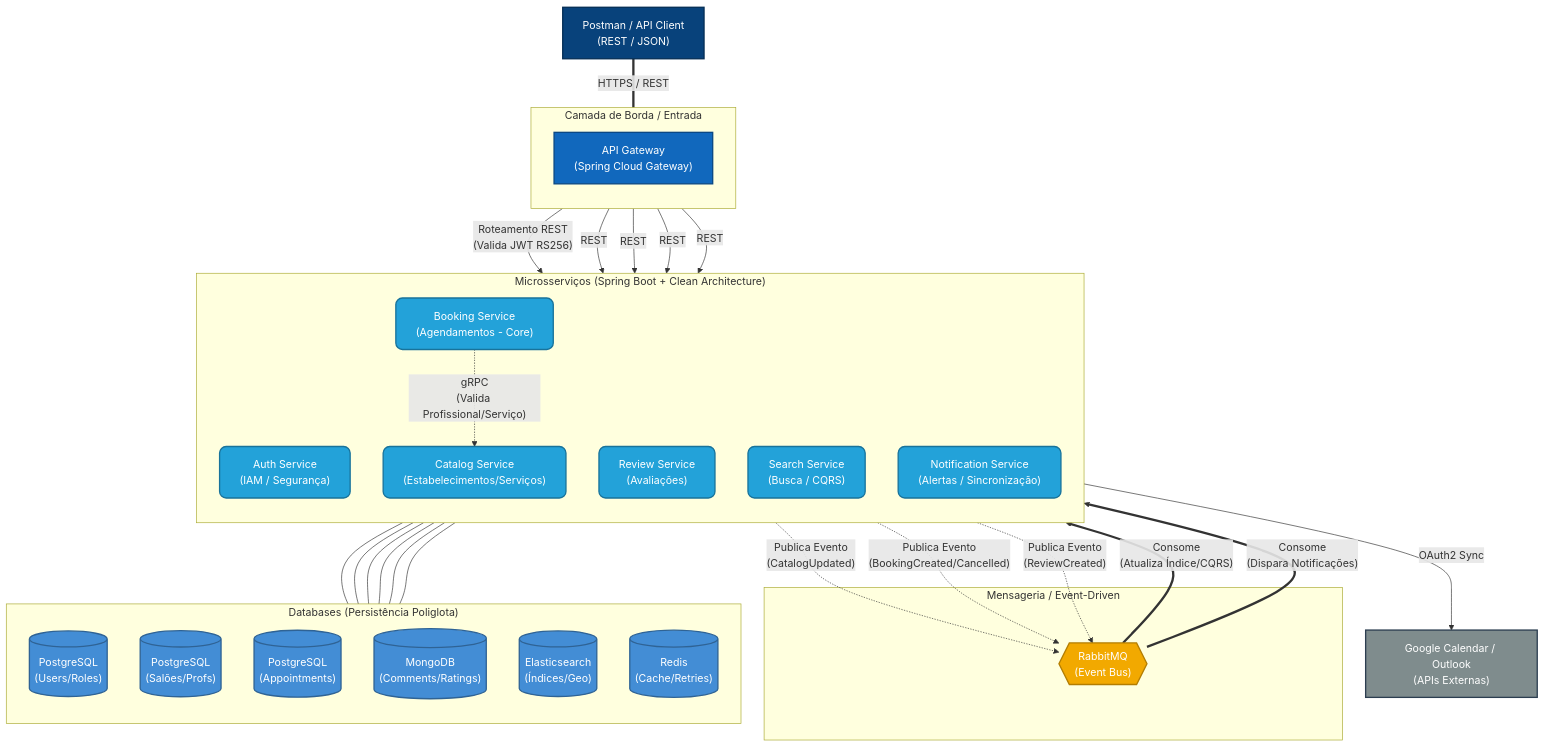
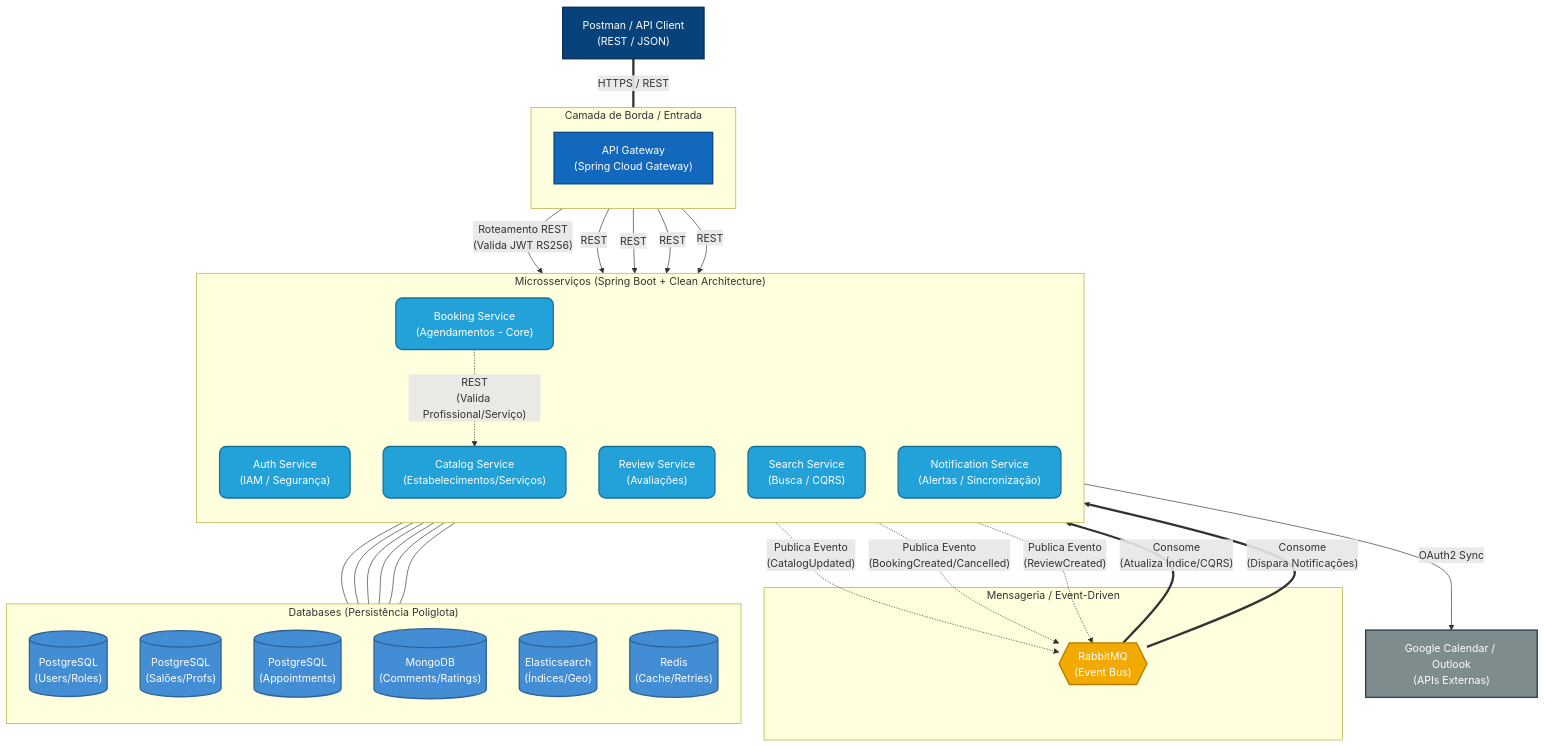
The diagram in README.md (gustavoleite/booking-hub), drawn with Mermaid before and after one commit. The commit also changed other lines of this file and 18 other files, not shown here.

````diff
--- a/README.md
+++ b/README.md
@@ -26,74 +26,74 @@
 ```mermaid
 flowchart TB
     %% Estilos visuais
     classDef user fill:#08427b,stroke:#052e56,color:#fff,stroke-width:2px
     classDef gateway fill:#1168bd,stroke:#0b4884,color:#fff,stroke-width:2px
     classDef service fill:#23a2d9,stroke:#18739b,color:#fff,stroke-width:2px,rx:10,ry:10
     classDef db fill:#438dd5,stroke:#2f6395,color:#fff,stroke-width:2px
     classDef broker fill:#f2a900,stroke:#b37d00,color:#fff,stroke-width:2px
     classDef external fill:#7f8c8d,stroke:#2c3e50,color:#fff,stroke-width:2px
 
     %% Atores
     Client["Postman / API Client\n(REST / JSON)"]:::user
 
     %% Camada de Borda
     subgraph Edge["Camada de Borda / Entrada"]
         direction TB
         GW["API Gateway\n(Spring Cloud Gateway)"]:::gateway
     end
 
     %% Barramento de Eventos
     subgraph EventBus["Mensageria / Event-Driven"]
         RabbitMQ{{"RabbitMQ\n(Event Bus)"}}:::broker
     end
 
     %% Microsserviços
     subgraph Services ["Microsserviços (Spring Boot + Clean Architecture)"]
         direction TB
         Auth["Auth Service\n(IAM / Segurança)"]:::service
         Catalog["Catalog Service\n(Estabelecimentos/Serviços)"]:::service
         Booking["Booking Service\n(Agendamentos - Core)"]:::service
         Review["Review Service\n(Avaliações)"]:::service
         Search["Search Service\n(Busca / CQRS)"]:::service
         Notify["Notification Service\n(Alertas / Sincronização)"]:::service
     end
 
     %% Bancos de Dados
     subgraph Data["Databases (Persistência Poliglota)"]
         direction TB
         DB_Auth[("PostgreSQL\n(Users/Roles)")]:::db
         DB_Catalog[("PostgreSQL\n(Salões/Profs)")]:::db
         DB_Booking[("PostgreSQL\n(Appointments)")]:::db
         DB_Review[("MongoDB\n(Comments/Ratings)")]:::db
         DB_Search[("Elasticsearch\n(Índices/Geo)")]:::db
         DB_Notify[("Redis\n(Cache/Retries)")]:::db
     end
 
     %% Integrações Externas
     ExtCal["Google Calendar / Outlook\n(APIs Externas)"]:::external
 
     %% --- CONEXÕES ---
     Client ===|"HTTPS / REST"| GW
     GW -->|"Roteamento REST\n(Valida JWT RS256)"| Auth
     GW -->|"REST"| Catalog
     GW -->|"REST"| Booking
     GW -->|"REST"| Review
     GW -->|"REST"| Search
 
-    Booking -.->|"gRPC\n(Valida Profissional/Serviço)"| Catalog
+    Booking -.->|"REST\n(Valida Profissional/Serviço)"| Catalog
 
     Catalog -.->|"Publica Evento\n(CatalogUpdated)"| RabbitMQ
     Booking -.->|"Publica Evento\n(BookingCreated/Cancelled)"| RabbitMQ
     Review -.->|"Publica Evento\n(ReviewCreated)"| RabbitMQ
 
     RabbitMQ ==>|"Consome\n(Atualiza Índice/CQRS)"| Search
     RabbitMQ ==>|"Consome\n(Dispara Notificações)"| Notify
 
     Auth --- DB_Auth
     Catalog --- DB_Catalog
     Booking --- DB_Booking
     Review --- DB_Review
     Search --- DB_Search
     Notify --- DB_Notify
     Notify -->|"OAuth2 Sync"| ExtCal
 ```
````
